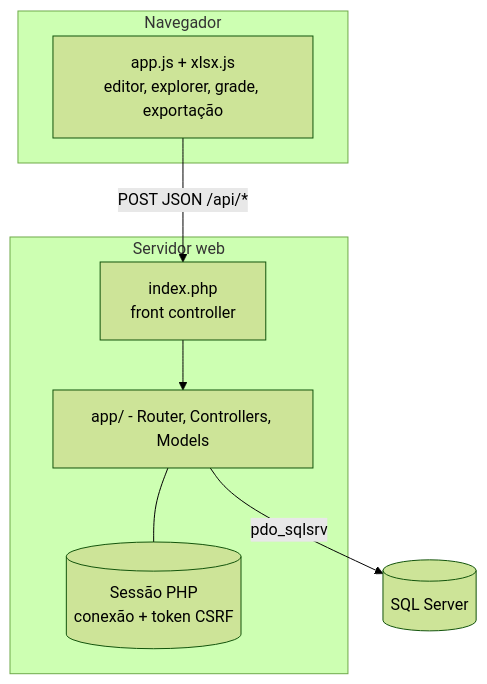
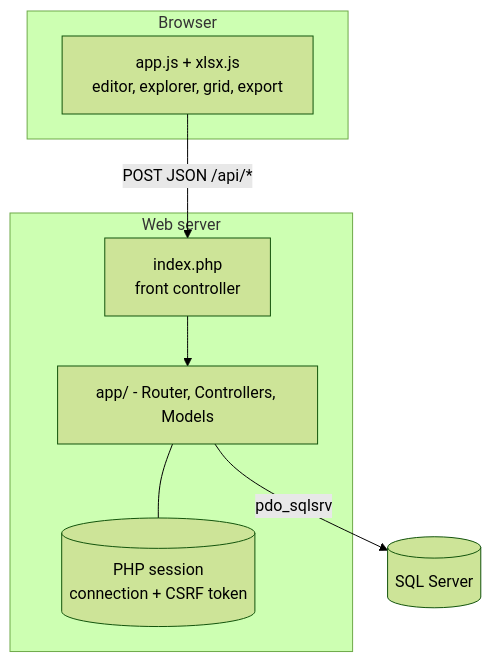
Before and after one commit to sinvalfelisberto/sql-server-admin: the second of 4 diagrams in docs/architecture.md, drawn with Mermaid (forest theme). The commit also changed other lines of this file and 38 other files, not shown here.

First line of the commit message:
feat: enhance Excel export with decimal formatting and server-side pagination

````diff
--- a/docs/architecture.md
+++ b/docs/architecture.md
@@ -16,15 +16,15 @@
 ```mermaid
 flowchart TB
-    subgraph Navegador
-        JS[app.js + xlsx.js<br/>editor, explorer, grade, exportação]
+    subgraph Browser
+        JS[app.js + xlsx.js<br/>editor, explorer, grid, export]
     end
-    subgraph Servidor web
+    subgraph Web server
         FC[index.php<br/>front controller]
         PHP[app/ - Router, Controllers, Models]
-        SESS[(Sessão PHP<br/>conexão + token CSRF)]
+        SESS[(PHP session<br/>connection + CSRF token)]
     end
     SQL[(SQL Server)]
     JS -- POST JSON /api/* --> FC --> PHP
     PHP --- SESS
     PHP -- pdo_sqlsrv --> SQL
 ```
````
